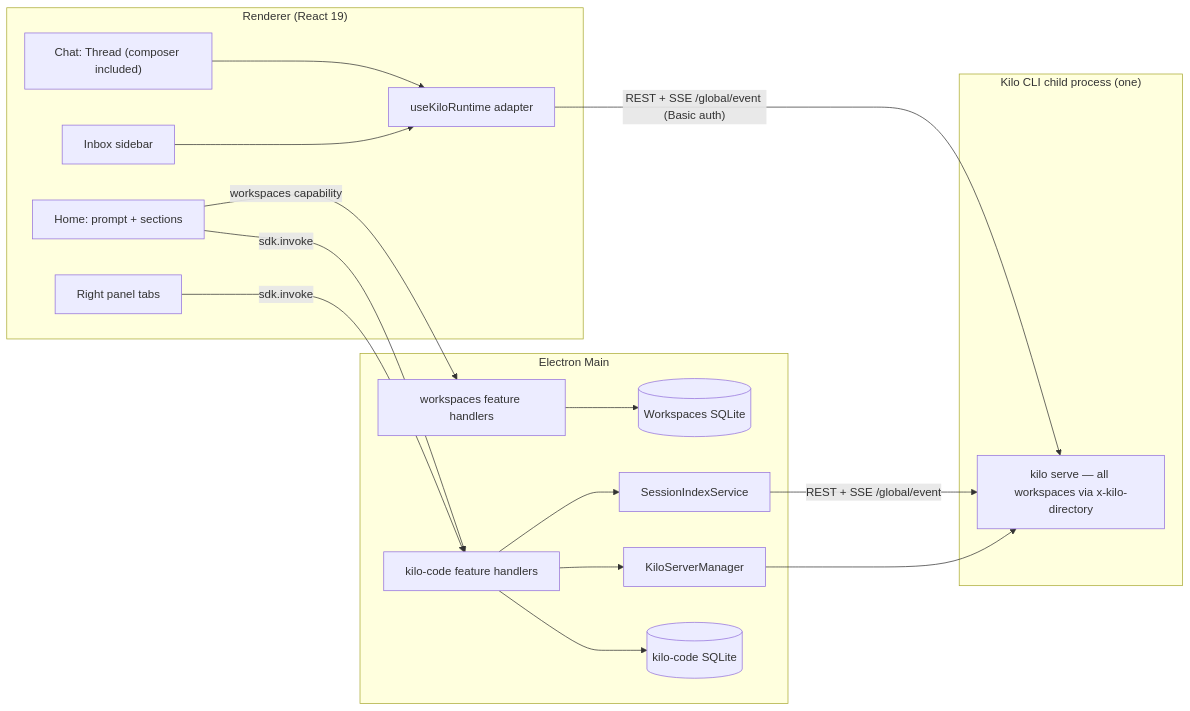
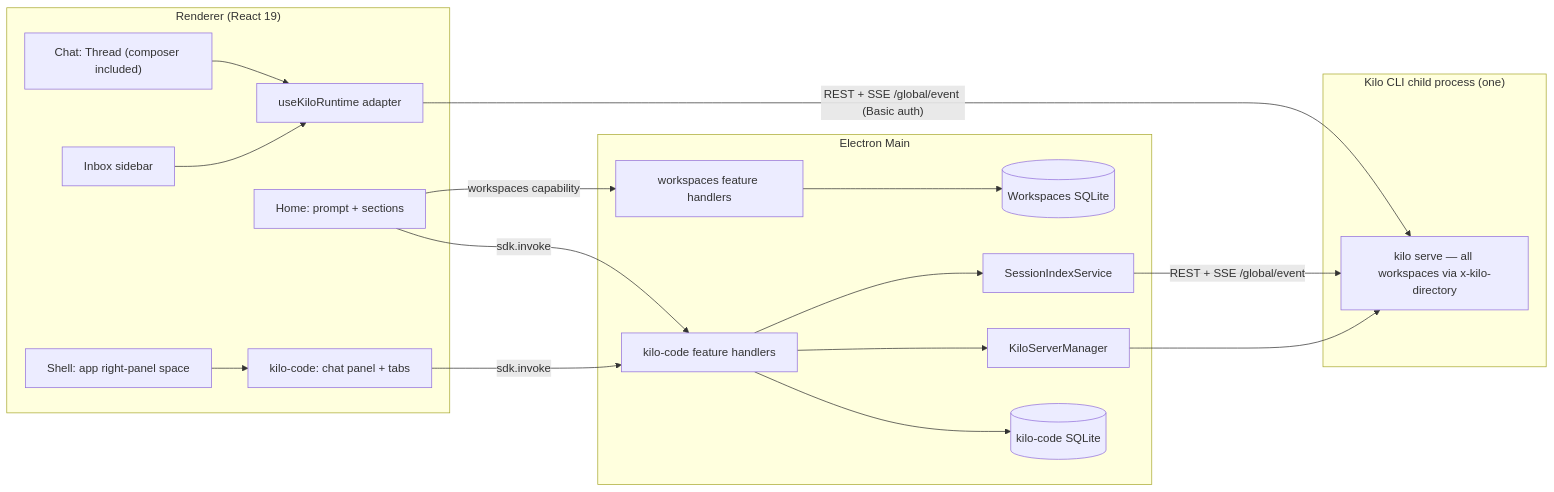
Before and after one commit to Kilo-Org/kilo-desktop: the first of 2 diagrams in docs/kilo-code-integration.md, drawn with Mermaid. The commit also changed other lines of this file, not shown here.

Commit message:
Document Kilo Code v1 boundaries and UI architecture

````diff
--- a/docs/kilo-code-integration.md
+++ b/docs/kilo-code-integration.md
@@ -56,33 +65,35 @@
 ```mermaid
 flowchart LR
   subgraph renderer ["Renderer (React 19)"]
     HomeUI["Home: prompt + sections"]
     ChatUI["Chat: Thread (composer included)"]
     SidebarUI["Inbox sidebar"]
-    PanelUI["Right panel tabs"]
+    PanelSlot["Shell: app right-panel space"]
+    ChatPanelUI["kilo-code: chat panel + tabs"]
     KiloRuntime["useKiloRuntime adapter"]
   end
   subgraph main ["Electron Main"]
     WsFeature["workspaces feature handlers"]
     WsDB[("Workspaces SQLite")]
     KiloFeature["kilo-code feature handlers"]
     ServerMgr["KiloServerManager"]
     SessionIndex["SessionIndexService"]
     DB[("kilo-code SQLite")]
   end
   subgraph kilo ["Kilo CLI child process (one)"]
     Srv["kilo serve — all workspaces via x-kilo-directory"]
   end
   ChatUI --> KiloRuntime
   SidebarUI --> KiloRuntime
   KiloRuntime -->|"REST + SSE /global/event (Basic auth)"| Srv
   HomeUI -->|"sdk.invoke"| KiloFeature
   HomeUI -->|"workspaces capability"| WsFeature
-  PanelUI -->|"sdk.invoke"| KiloFeature
+  PanelSlot --> ChatPanelUI
+  ChatPanelUI -->|"sdk.invoke"| KiloFeature
   KiloFeature --> ServerMgr
   KiloFeature --> SessionIndex
   SessionIndex -->|"REST + SSE /global/event"| Srv
   KiloFeature --> DB
   WsFeature --> WsDB
   ServerMgr --> Srv
 ```
````
